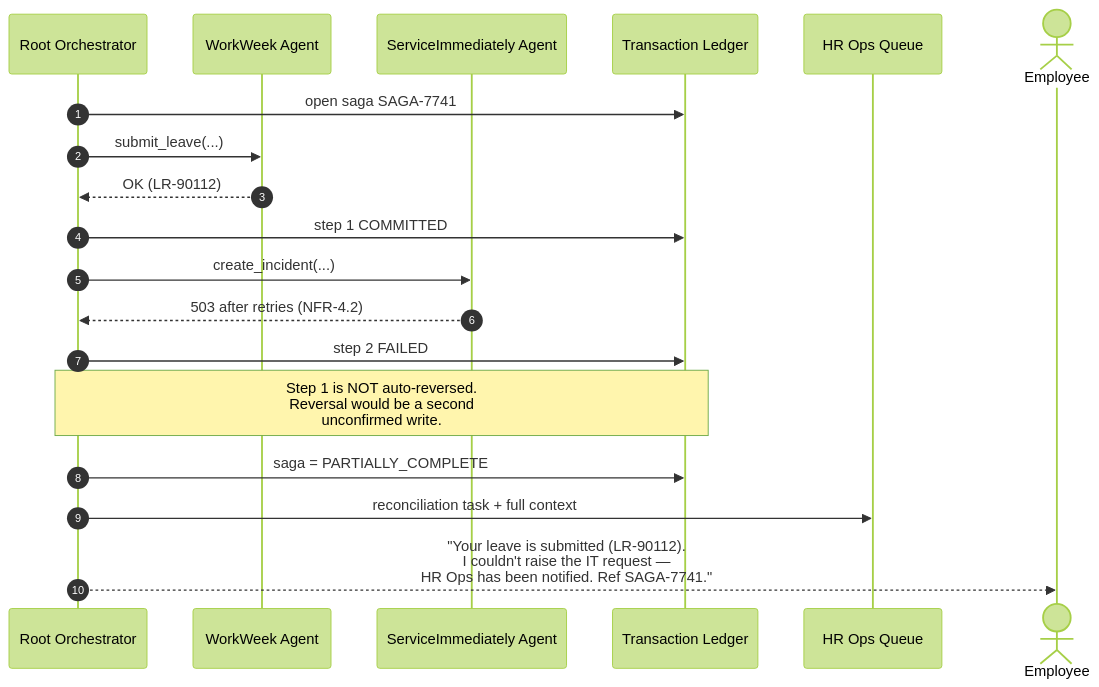
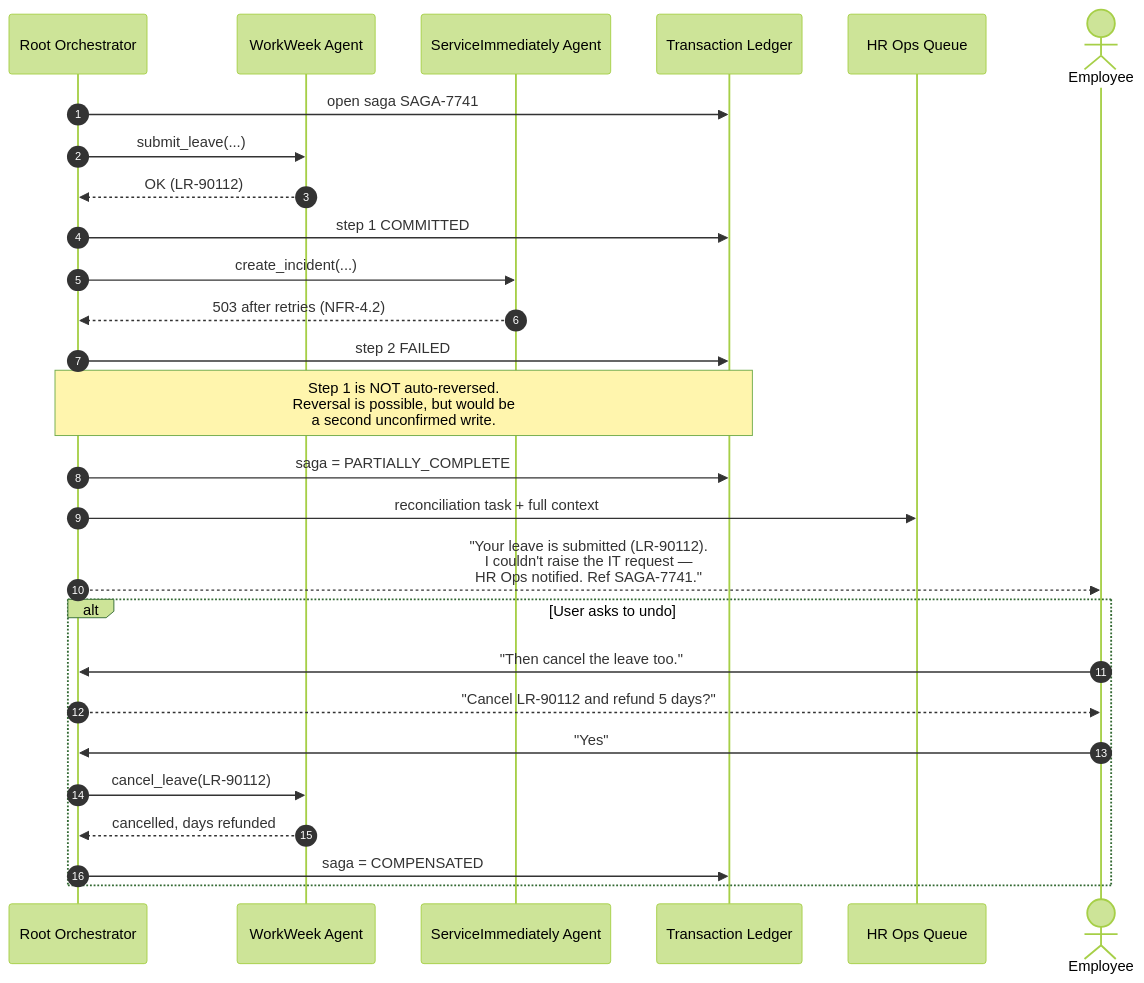
One commit to jiratouchmhp/ai-elevate-group2 changed the sixth of 9 diagrams in docs/Enterprise Agentic Solution Design Document - MVP 1 (Altostrat HR).md. Above: the diagram before and after it, drawn with Mermaid (forest theme). The commit also changed other lines of this file, not shown here.

````diff
--- a/docs/Enterprise Agentic Solution Design Document - MVP 1 (Altostrat HR).md
+++ b/docs/Enterprise Agentic Solution Design Document - MVP 1 (Altostrat HR).md
@@ -624,25 +632,34 @@
 ```mermaid
 sequenceDiagram
     autonumber
     participant R as Root Orchestrator
     participant W as WorkWeek Agent
     participant I as ServiceImmediately Agent
     participant LG as Transaction Ledger
     participant OPS as HR Ops Queue
     actor U as Employee
 
     R->>LG: open saga SAGA-7741
     R->>W: submit_leave(...)
     W-->>R: OK (LR-90112)
     R->>LG: step 1 COMMITTED
 
     R->>I: create_incident(...)
     I-->>R: 503 after retries (NFR-4.2)
     R->>LG: step 2 FAILED
 
-    Note over R,LG: Step 1 is NOT auto-reversed.<br/>Reversal would be a second<br/>unconfirmed write.
+    Note over R,LG: Step 1 is NOT auto-reversed.<br/>Reversal is possible, but would be<br/>a second unconfirmed write.
 
     R->>LG: saga = PARTIALLY_COMPLETE
     R->>OPS: reconciliation task + full context
-    R-->>U: "Your leave is submitted (LR-90112).<br/>I couldn't raise the IT request —<br/>HR Ops has been notified. Ref SAGA-7741."
+    R-->>U: "Your leave is submitted (LR-90112).<br/>I couldn't raise the IT request —<br/>HR Ops notified. Ref SAGA-7741."
+
+    alt User asks to undo
+        U->>R: "Then cancel the leave too."
+        R-->>U: "Cancel LR-90112 and refund 5 days?"
+        U->>R: "Yes"
+        R->>W: cancel_leave(LR-90112)
+        W-->>R: cancelled, days refunded
+        R->>LG: saga = COMPENSATED
+    end
 ```
````
